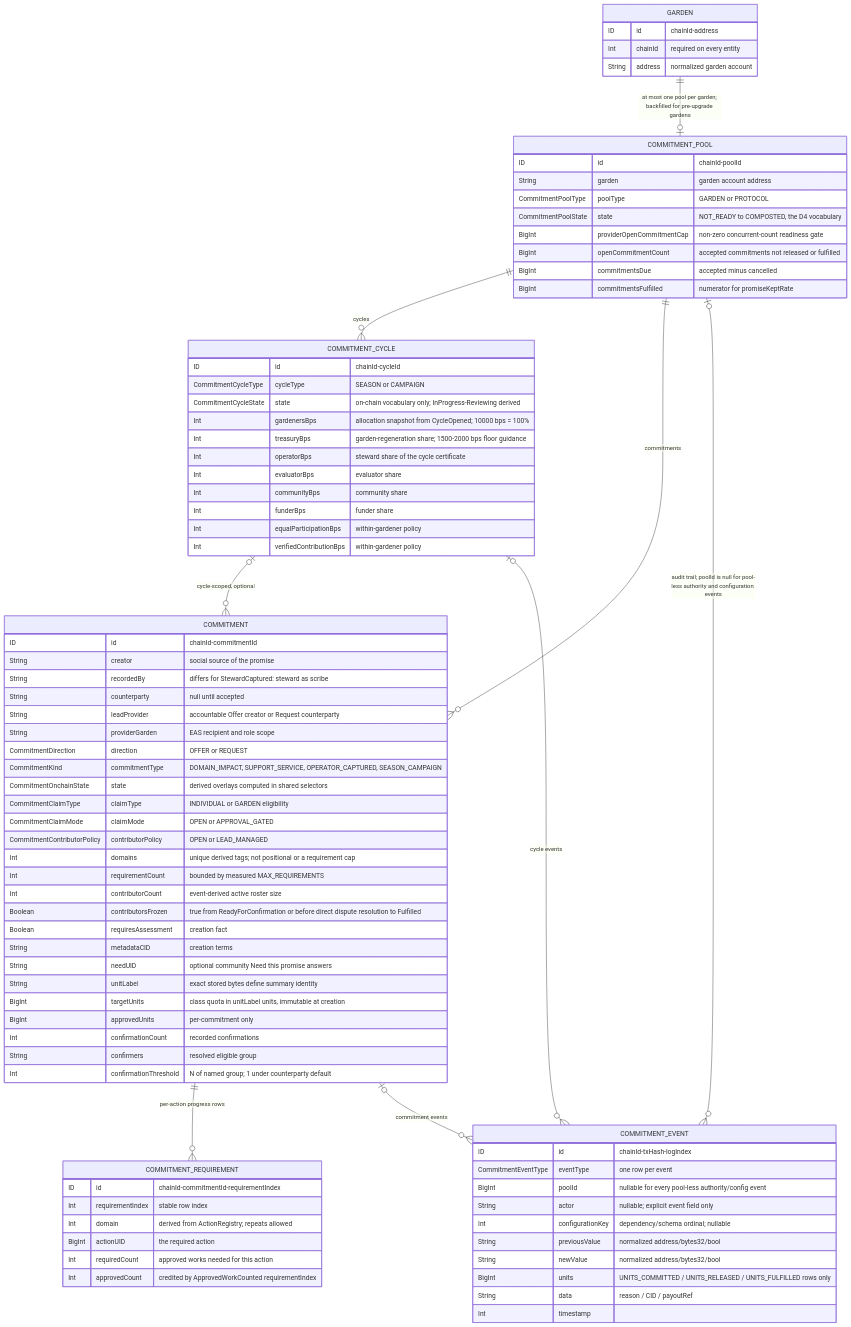
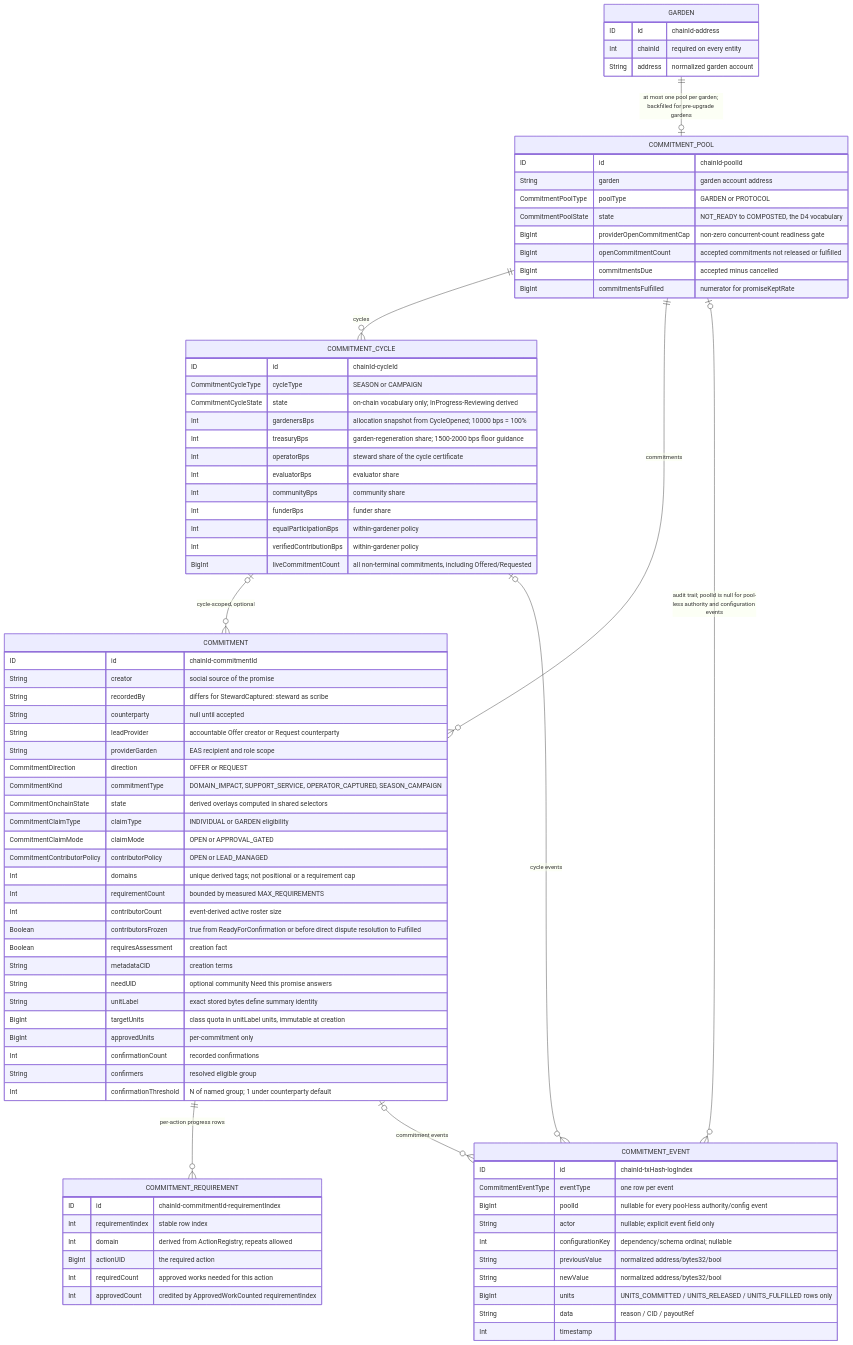
Diagram 15 of 35 in .plans/active/commitment-pooling/diagrams.md (greenpill-dev-guild/green-goods), drawn with Mermaid before and after one commit. The commit also changed other lines of this file and 12 other files, not shown here.

```diff
--- a/.plans/active/commitment-pooling/diagrams.md
+++ b/.plans/active/commitment-pooling/diagrams.md
@@ -718,6 +718,7 @@
     Int funderBps "funder share"
     Int equalParticipationBps "within-gardener policy"
     Int verifiedContributionBps "within-gardener policy"
+    BigInt liveCommitmentCount "all non-terminal commitments, including Offered/Requested"
   }
 
   COMMITMENT {
```
